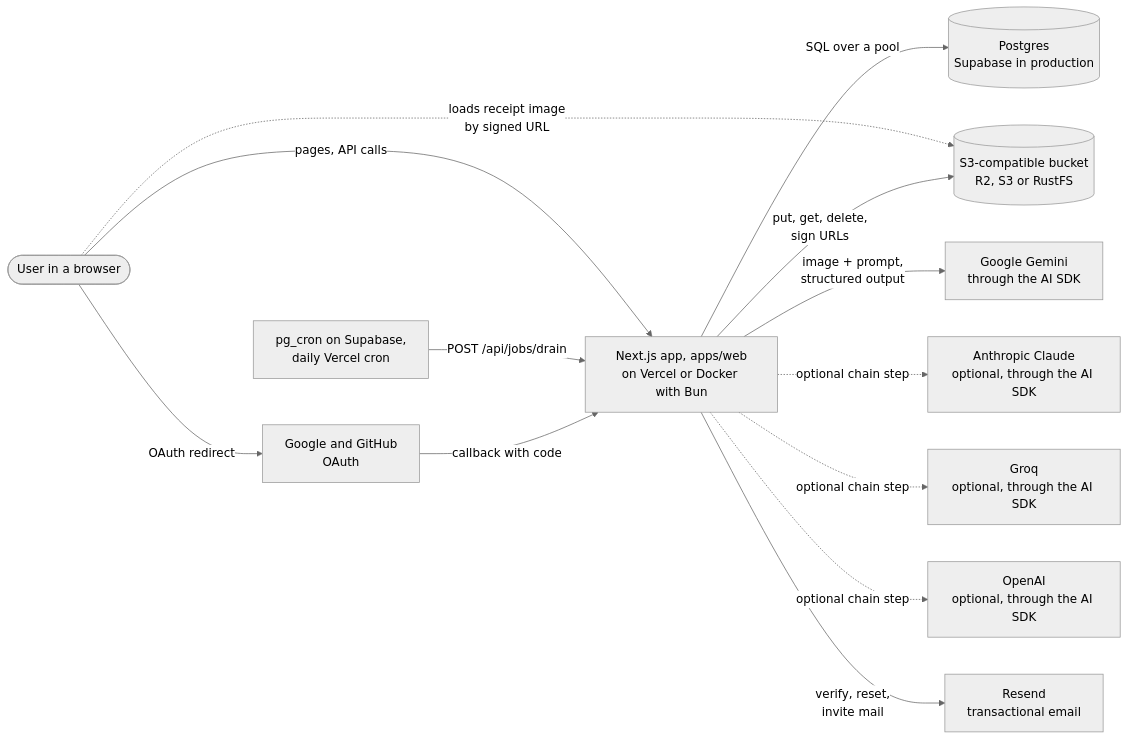
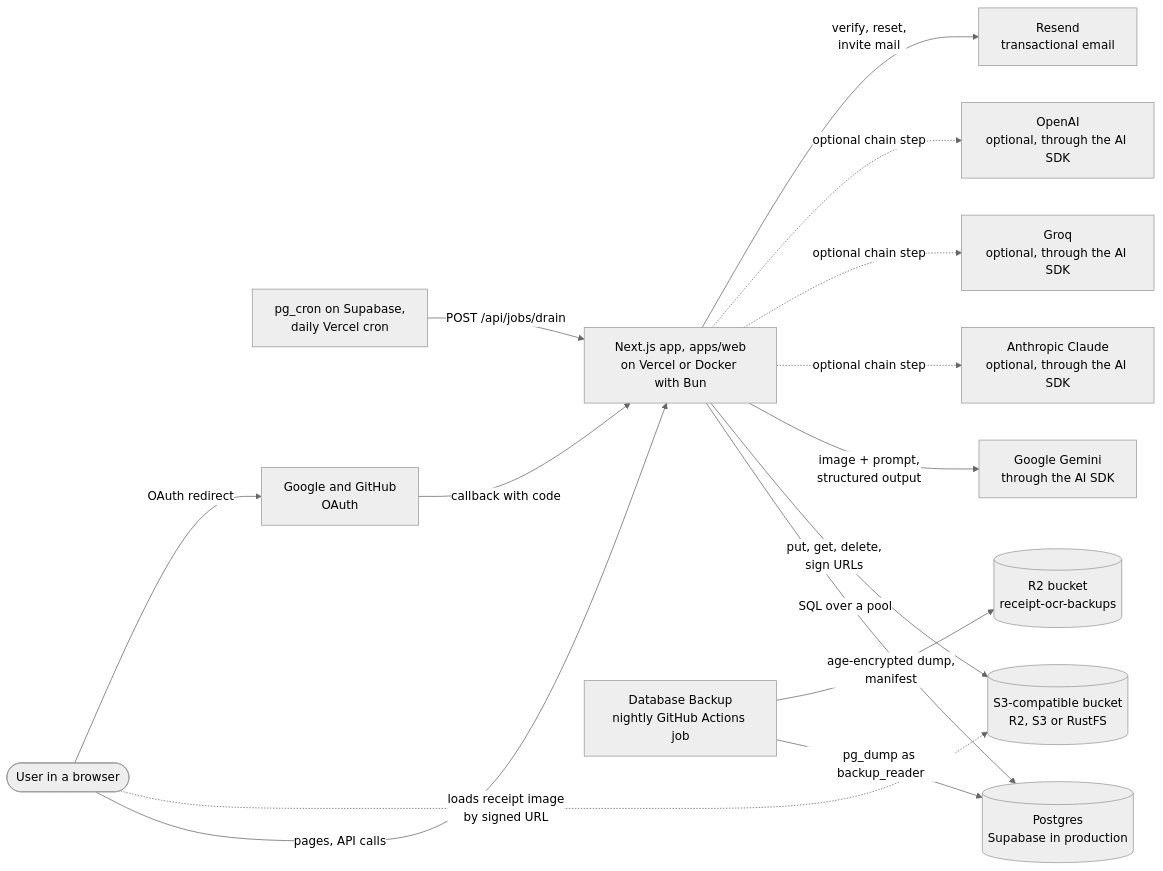
The first of 2 diagrams in docs/architecture/README.md (bhimrazy/receipt-ocr-app), drawn with Mermaid (neutral theme) before and after one commit. The commit also changed other lines of this file and 6 other files, not shown here.

Commit message:
docs: backups runbook, setup steps, decisions and architecture

````diff
--- a/docs/architecture/README.md
+++ b/docs/architecture/README.md
@@ -25,27 +25,31 @@
 ```mermaid
 flowchart LR
   user([User in a browser])
   web[Next.js app, apps/web<br/>on Vercel or Docker with Bun]
   pg[(Postgres<br/>Supabase in production)]
   s3[(S3-compatible bucket<br/>R2, S3 or RustFS)]
   gemini[Google Gemini<br/>through the AI SDK]
   claude[Anthropic Claude<br/>optional, through the AI SDK]
   groq[Groq<br/>optional, through the AI SDK]
   openai[OpenAI<br/>optional, through the AI SDK]
   cron[pg_cron on Supabase,<br/>daily Vercel cron]
   resend[Resend<br/>transactional email]
   oauth[Google and GitHub<br/>OAuth]
+  backup[Database Backup<br/>nightly GitHub Actions job]
+  r2b[(R2 bucket<br/>receipt-ocr-backups)]
 
   user -- "pages, API calls" --> web
   user -. "loads receipt image<br/>by signed URL" .-> s3
   web -- "SQL over a pool" --> pg
   web -- "put, get, delete,<br/>sign URLs" --> s3
   web -- "image + prompt,<br/>structured output" --> gemini
   web -. "optional chain step" .-> claude
   web -. "optional chain step" .-> groq
   web -. "optional chain step" .-> openai
   cron -- "POST /api/jobs/drain" --> web
   web -- "verify, reset,<br/>invite mail" --> resend
   user -- "OAuth redirect" --> oauth
   oauth -- "callback with code" --> web
+  backup -- "pg_dump as backup_reader" --> pg
+  backup -- "age-encrypted dump,<br/>manifest" --> r2b
 ```
````
